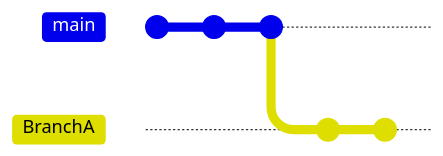
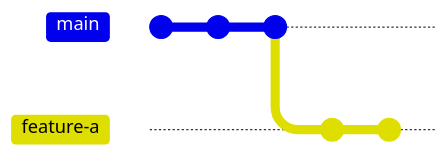
The diagram in src/concepts/refs-branches.md (bjoernricks/git-knowledge-snack), drawn with Mermaid before and after one commit. The commit also changed other lines of this file and 4 other files, not shown here. Commit ids are hidden.

````diff
--- a/src/concepts/refs-branches.md
+++ b/src/concepts/refs-branches.md
@@ -6,13 +7,13 @@
 ```{mermaid}
 ---
 caption: Example Git branches
 ---
 gitGraph
     commit
     commit
     commit
-    branch BranchA
-    checkout BranchA
+    branch feature-a
+    checkout feature-a
     commit
     commit
 ```
````
